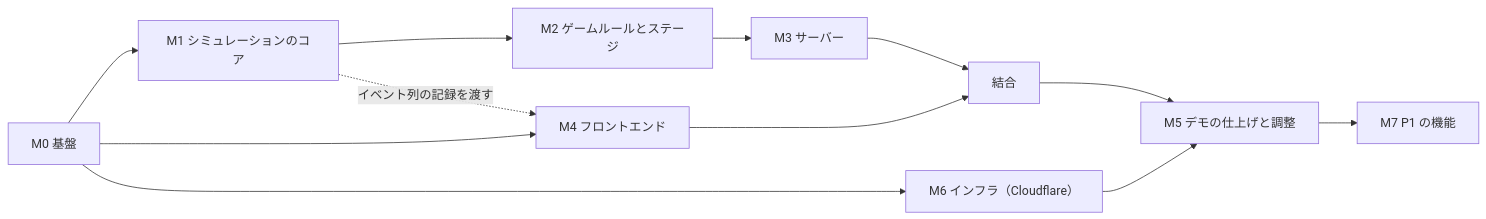
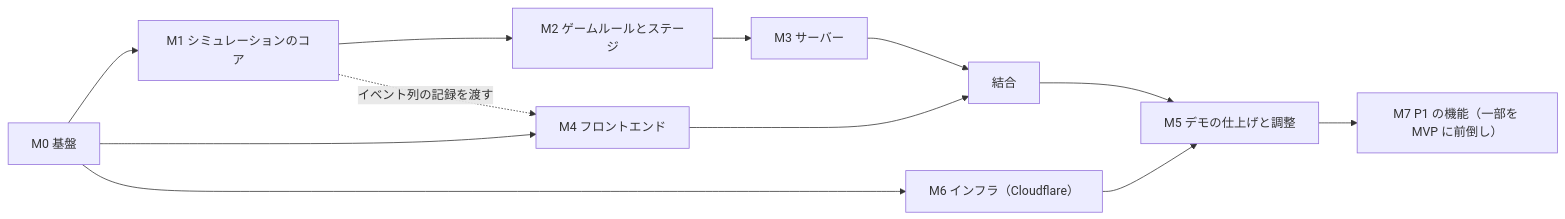
One commit to K-Kizuku/raft-game changed the diagram in docs/08-implementation-plan.md. Above: the diagram before and after it, drawn with Mermaid. The commit also changed other lines of this file and 2 other files, not shown here.

First line of the commit message:
docs: 方針の話し合いの結果（MVP の範囲・優先の順・やらないこと）を docs/08・01・09 に反映する (#334)

````diff
--- a/docs/08-implementation-plan.md
+++ b/docs/08-implementation-plan.md
@@ -15,14 +15,14 @@
 ```mermaid
 flowchart LR
     M0[M0 基盤] --> M1[M1 シミュレーションのコア]
     M1 --> M2[M2 ゲームルールとステージ]
     M2 --> M3[M3 サーバー]
     M0 --> M4[M4 フロントエンド]
     M1 -. イベント列の記録を渡す .-> M4
     M3 --> I[結合]
     M4 --> I
     I --> M5[M5 デモの仕上げと調整]
     M0 --> M6[M6 インフラ（Cloudflare）]
     M6 --> M5
-    M5 --> M7[M7 P1 の機能]
+    M5 --> M7[M7 P1 の機能（一部を MVP に前倒し）]
 ```
````
